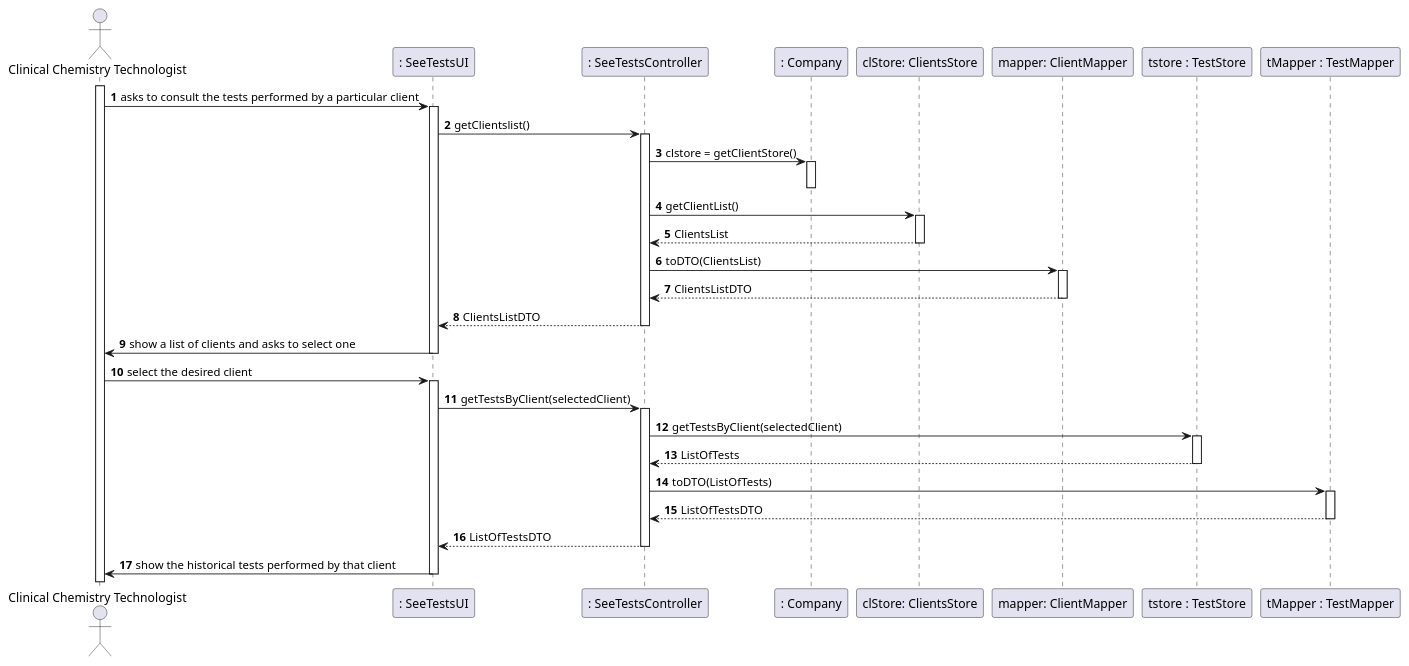
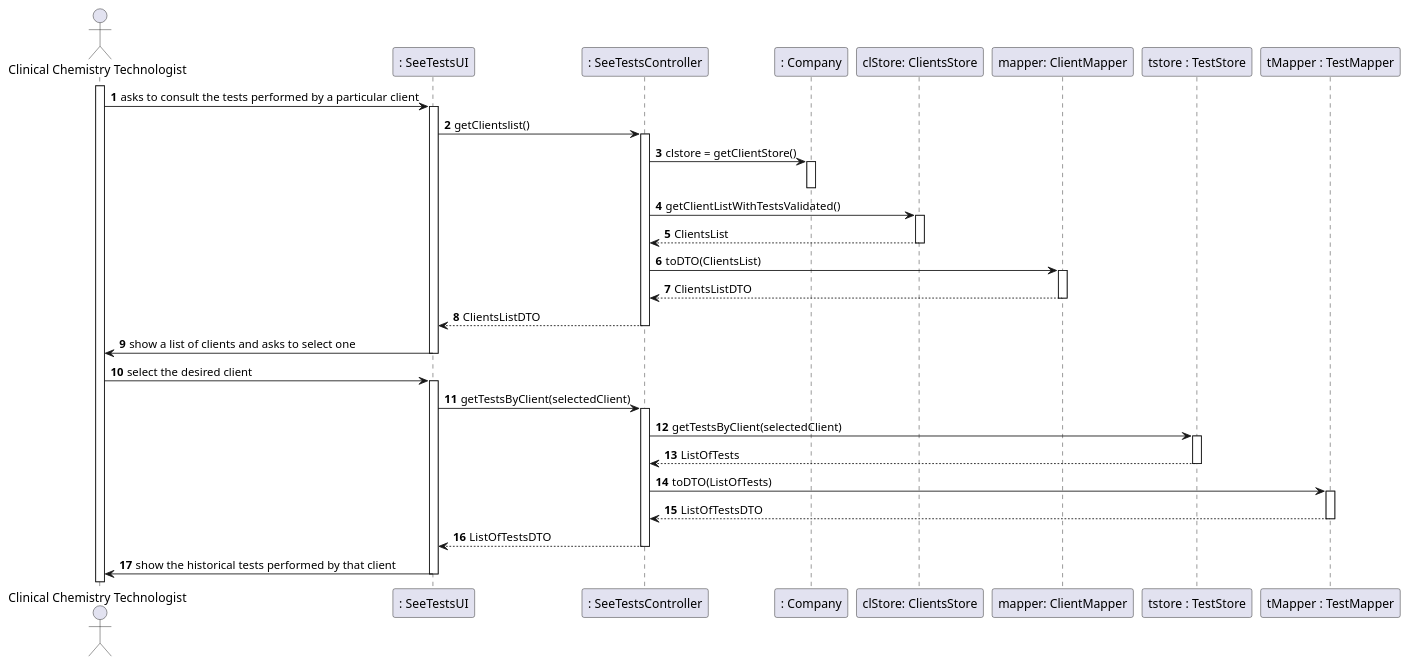
Before and after one commit to manu-07-ela/LAPR2_ISEP: the diagram in docs/SprintD/US13/US13_SD.puml, drawn with PlantUML. The commit also changed 1 other file, not shown here.

```diff
--- a/docs/SprintD/US13/US13_SD.puml
+++ b/docs/SprintD/US13/US13_SD.puml
@@ -1,57 +1,57 @@
 @startuml
 'https://plantuml.com/sequence-diagram
 
 autonumber
 actor "Clinical Chemistry Technologist" as CCT
 
 participant ": SeeTestsUI" as UI
 participant ": SeeTestsController" as CTRL
 participant ": Company" as Comp
 participant "clStore: ClientsStore" as CStore
 participant "mapper: ClientMapper" as ClMapper
 participant "tstore : TestStore" as tStore
 participant "tMapper : TestMapper" as TMapper
 
 
 activate CCT
 CCT -> UI : asks to consult the tests performed by a particular client
 activate UI
 UI -> CTRL : getClientslist()
 activate CTRL
 CTRL -> Comp : clstore = getClientStore()
 activate Comp
 deactivate Comp
-CTRL -> CStore : getClientList()
+CTRL -> CStore : getClientListWithTestsValidated()
 activate CStore
 CStore --> CTRL : ClientsList
 deactivate CStore
 CTRL -> ClMapper : toDTO(ClientsList)
 activate ClMapper
 ClMapper --> CTRL : ClientsListDTO
 deactivate ClMapper
 CTRL --> UI : ClientsListDTO
 deactivate CTRL
 UI -> CCT : show a list of clients and asks to select one
 deactivate UI
 
 CCT -> UI : select the desired client
 activate UI
 UI -> CTRL : getTestsByClient(selectedClient)
 activate CTRL
 CTRL -> tStore : getTestsByClient(selectedClient)
 activate tStore
 tStore --> CTRL : ListOfTests
 deactivate tStore
 CTRL -> TMapper : toDTO(ListOfTests)
 activate TMapper
 TMapper --> CTRL : ListOfTestsDTO
 deactivate TMapper
 CTRL --> UI :ListOfTestsDTO
 deactivate CTRL
 UI -> CCT : show the historical tests performed by that client
 deactivate UI
 
 
 
 
 @enduml
```
